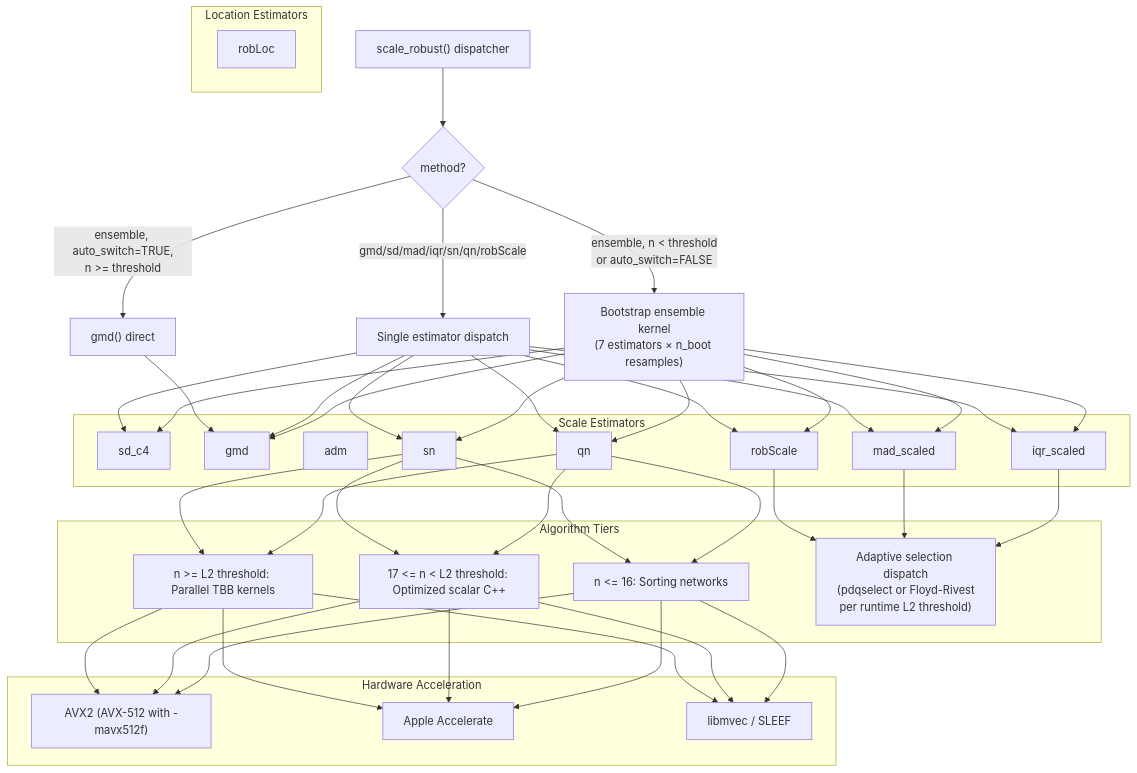
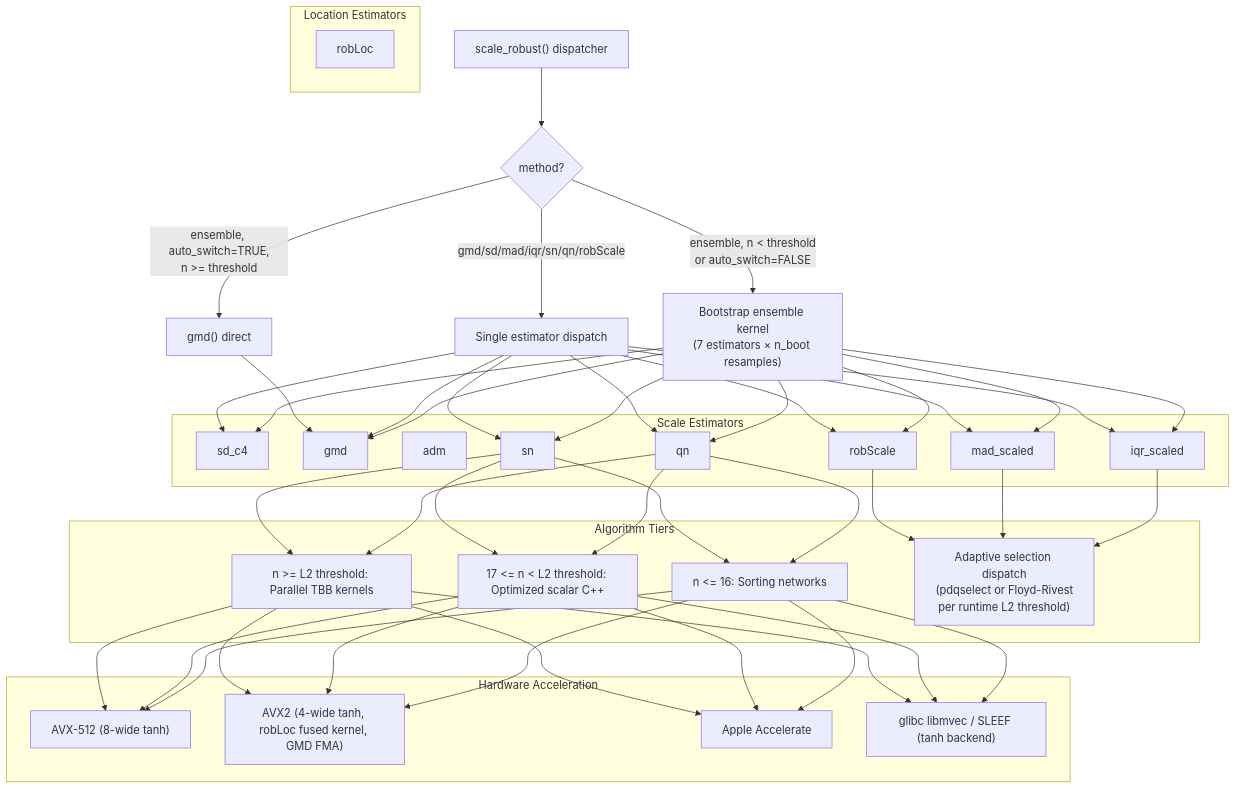
Before and after one commit to davdittrich/robscale: the second of 2 diagrams in README.md, drawn with Mermaid. The commit also changed other lines of this file and 34 other files, not shown here.

````diff
--- a/README.md
+++ b/README.md
@@ -438,44 +452,45 @@
 ```mermaid
 graph TD
     SR["scale_robust() dispatcher"] --> ENS{method?}
     ENS -- "ensemble, n < threshold<br/>or auto_switch=FALSE" --> BOOT["Bootstrap ensemble kernel<br/>(7 estimators × n_boot resamples)"]
     ENS -- "ensemble, auto_switch=TRUE,<br/>n >= threshold" --> GMD_FAST["gmd() direct"]
     ENS -- "gmd/sd/mad/iqr/sn/qn/robScale" --> SINGLE["Single estimator dispatch"]
 
     subgraph "Scale Estimators"
         SD["sd_c4"]
         GMD["gmd"]
         ADM["adm"]
         QN["qn"]
         SN["sn"]
         RS["robScale"]
         IQR["iqr_scaled"]
         MAD["mad_scaled"]
     end
 
     subgraph "Location Estimators"
         RL["robLoc"]
     end
 
     BOOT --> SD & GMD & MAD & IQR & SN & QN & RS
     SINGLE --> SD & GMD & QN & SN & RS & IQR & MAD
     GMD_FAST --> GMD
 
     subgraph "Algorithm Tiers"
         T1["n <= 16: Sorting networks"]
         T2["17 <= n < L2 threshold: Optimized scalar C++"]
         T3["n >= L2 threshold: Parallel TBB kernels"]
         T4["Adaptive selection dispatch\n(pdqselect or Floyd-Rivest\nper runtime L2 threshold)"]
     end
 
     QN & SN --> T1 & T2 & T3
     IQR & MAD & RS --> T4
 
     subgraph "Hardware Acceleration"
-        G["AVX2 (AVX-512 with -mavx512f)"]
+        G["AVX-512 (8-wide tanh)"]
+        G2["AVX2 (4-wide tanh, robLoc fused kernel, GMD FMA)"]
         H[Apple Accelerate]
-        I["libmvec / SLEEF"]
+        I["glibc libmvec / SLEEF (tanh backend)"]
     end
 
-    T1 & T2 & T3 --> G & H & I
+    T1 & T2 & T3 --> G & G2 & H & I
 ```
````
